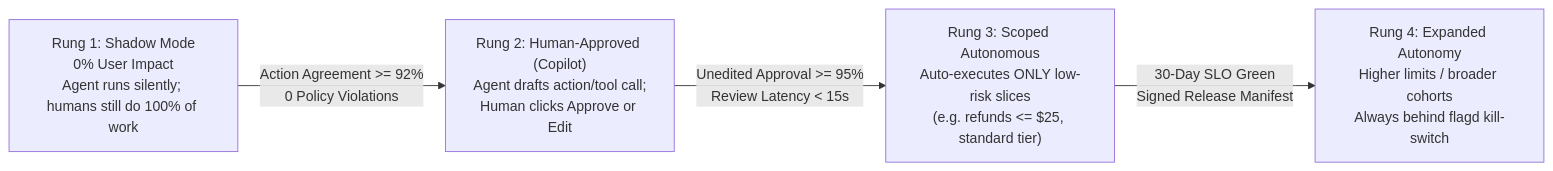
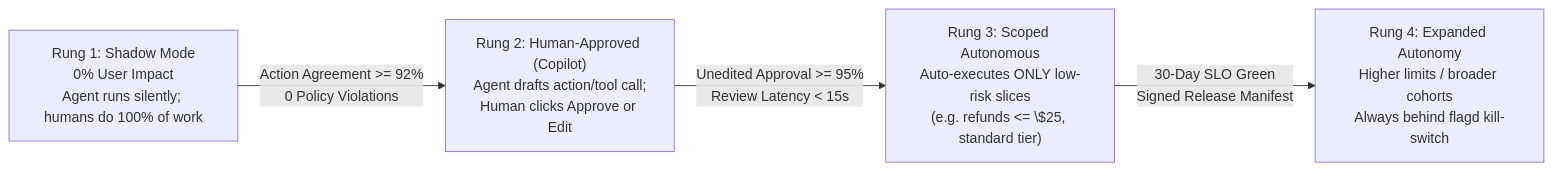
Before and after one commit to Amie-dev/FDE-and-GenAI-Mastery: the first of 2 diagrams in Lecture 44 - Progressive Autonomy flagd and Safe Releases/notes/01_The_Progressive_Autonomy_Ladder.md, drawn with Mermaid. The commit also changed other lines of this file and 92 other files, not shown here.

````diff
--- a/Lecture 44 - Progressive Autonomy flagd and Safe Releases/notes/01_The_Progressive_Autonomy_Ladder.md
+++ b/Lecture 44 - Progressive Autonomy flagd and Safe Releases/notes/01_The_Progressive_Autonomy_Ladder.md
@@ -24,6 +32,6 @@
 ```mermaid
 flowchart LR
-    R1["Rung 1: Shadow Mode<br/>0% User Impact<br/>Agent runs silently; humans still do 100% of work"] -->|"Action Agreement >= 92%<br/>0 Policy Violations"| R2["Rung 2: Human-Approved (Copilot)<br/>Agent drafts action/tool call;<br/>Human clicks Approve or Edit"]
-    R2 -->|"Unedited Approval >= 95%<br/>Review Latency < 15s"| R3["Rung 3: Scoped Autonomous<br/>Auto-executes ONLY low-risk slices<br/>(e.g. refunds <= $25, standard tier)"]
+    R1["Rung 1: Shadow Mode<br/>0% User Impact<br/>Agent runs silently; humans do 100% of work"] -->|"Action Agreement >= 92%<br/>0 Policy Violations"| R2["Rung 2: Human-Approved (Copilot)<br/>Agent drafts action/tool call;<br/>Human clicks Approve or Edit"]
+    R2 -->|"Unedited Approval >= 95%<br/>Review Latency < 15s"| R3["Rung 3: Scoped Autonomous<br/>Auto-executes ONLY low-risk slices<br/>(e.g. refunds <= \$25, standard tier)"]
     R3 -->|"30-Day SLO Green<br/>Signed Release Manifest"| R4["Rung 4: Expanded Autonomy<br/>Higher limits / broader cohorts<br/>Always behind flagd kill-switch"]
 ```
````
